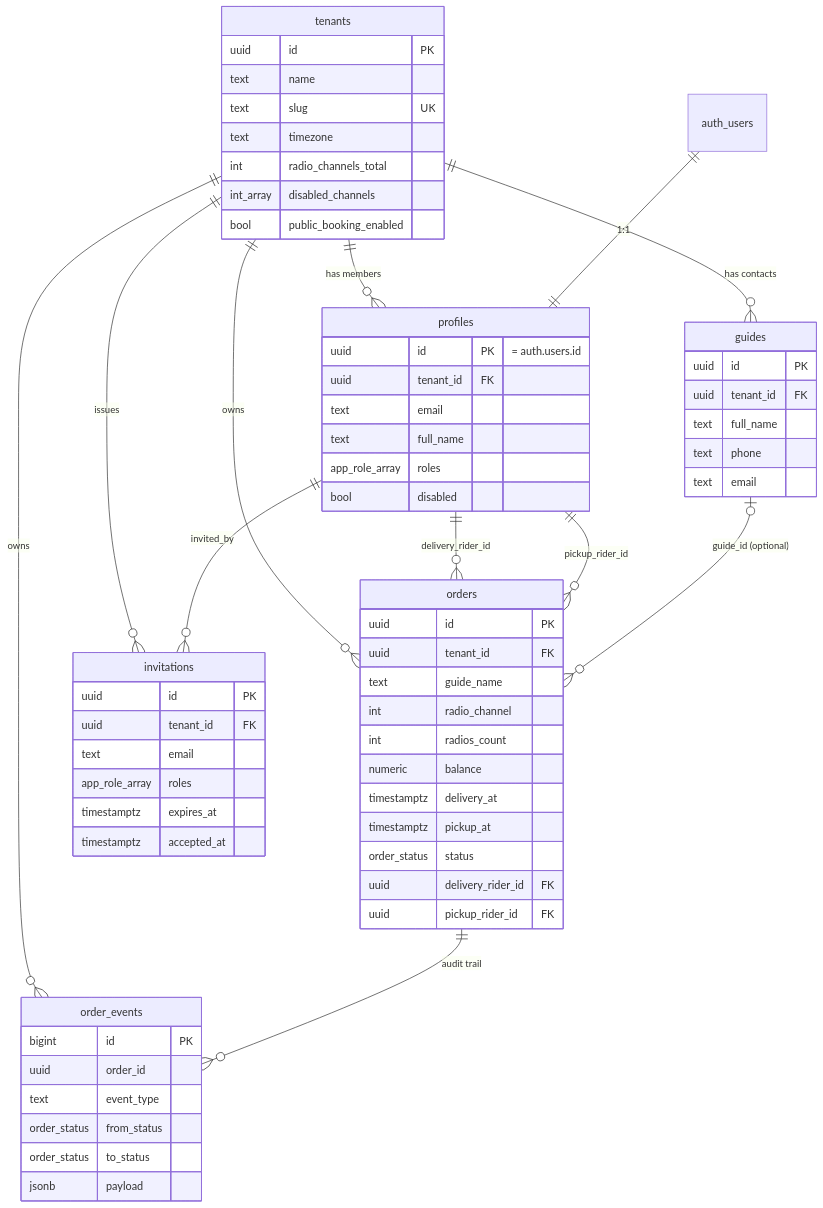
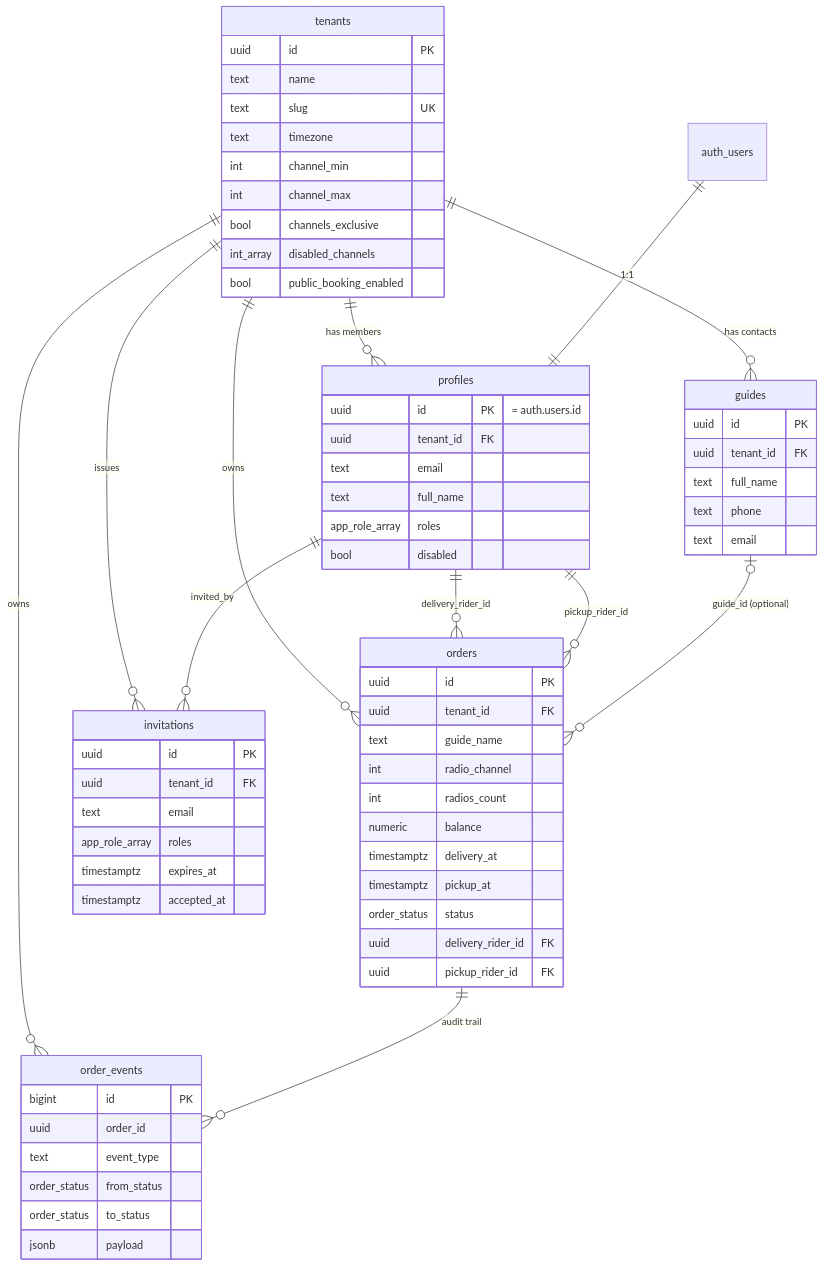
The diagram in docs/DATABASE.md (mariuz92/echoboxlogistics-web-app), drawn with Mermaid before and after one commit. The commit also changed other lines of this file and 66 other files, not shown here.

First line of the commit message:
feat: landing page redesign, contact form, any-range radio channels, new EchoBox logo (#7)

````diff
--- a/docs/DATABASE.md
+++ b/docs/DATABASE.md
@@ -17,68 +19,70 @@
 ```mermaid
 erDiagram
   tenants ||--o{ profiles : "has members"
   tenants ||--o{ guides : "has contacts"
   tenants ||--o{ orders : "owns"
   tenants ||--o{ invitations : "issues"
   tenants ||--o{ order_events : "owns"
   auth_users ||--|| profiles : "1:1"
   profiles ||--o{ orders : "delivery_rider_id"
   profiles ||--o{ orders : "pickup_rider_id"
   profiles ||--o{ invitations : "invited_by"
   guides |o--o{ orders : "guide_id (optional)"
   orders ||--o{ order_events : "audit trail"
 
   tenants {
     uuid id PK
     text name
     text slug UK
     text timezone
-    int radio_channels_total
+    int channel_min
+    int channel_max
+    bool channels_exclusive
     int_array disabled_channels
     bool public_booking_enabled
   }
   profiles {
     uuid id PK "= auth.users.id"
     uuid tenant_id FK
     text email
     text full_name
     app_role_array roles
     bool disabled
   }
   guides {
     uuid id PK
     uuid tenant_id FK
     text full_name
     text phone
     text email
   }
   orders {
     uuid id PK
     uuid tenant_id FK
     text guide_name
     int radio_channel
     int radios_count
     numeric balance
     timestamptz delivery_at
     timestamptz pickup_at
     order_status status
     uuid delivery_rider_id FK
     uuid pickup_rider_id FK
   }
   invitations {
     uuid id PK
     uuid tenant_id FK
     text email
     app_role_array roles
     timestamptz expires_at
     timestamptz accepted_at
   }
   order_events {
     bigint id PK
     uuid order_id
     text event_type
     order_status from_status
     order_status to_status
     jsonb payload
   }
 ```
````
